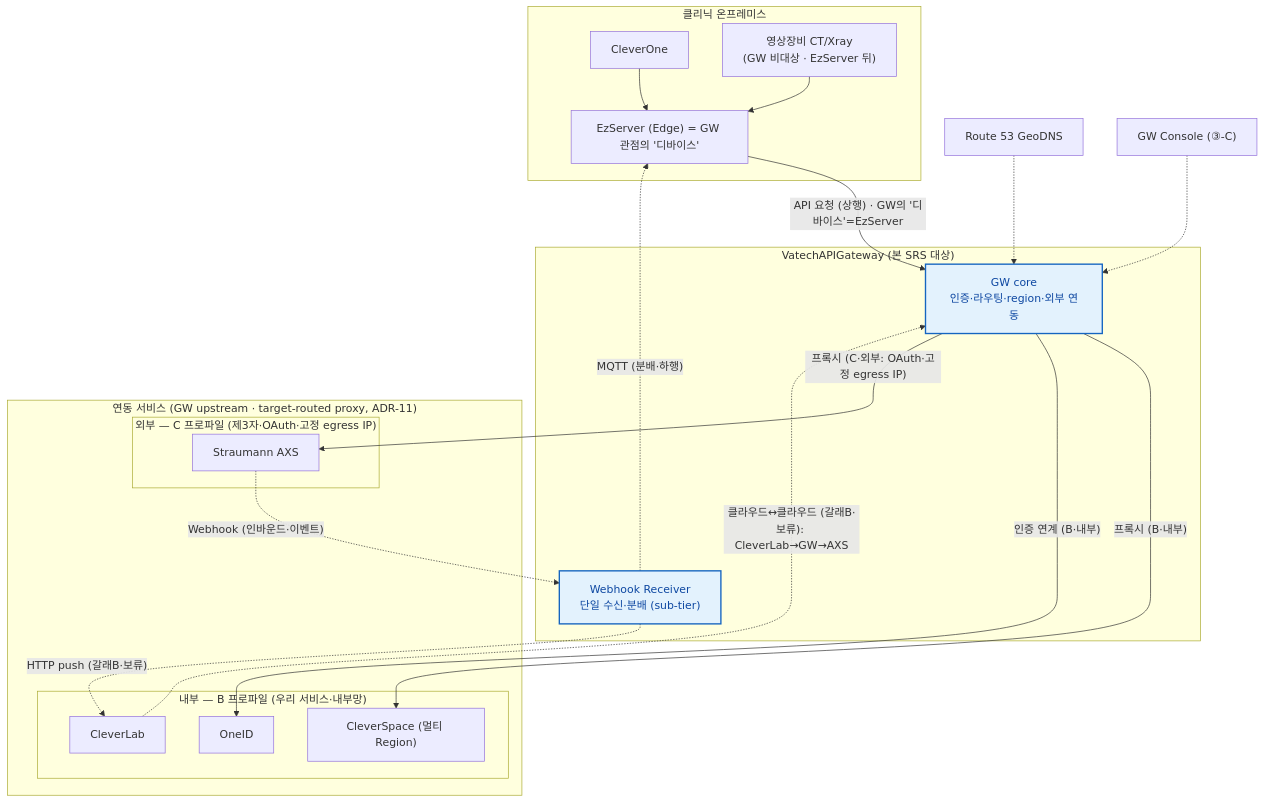
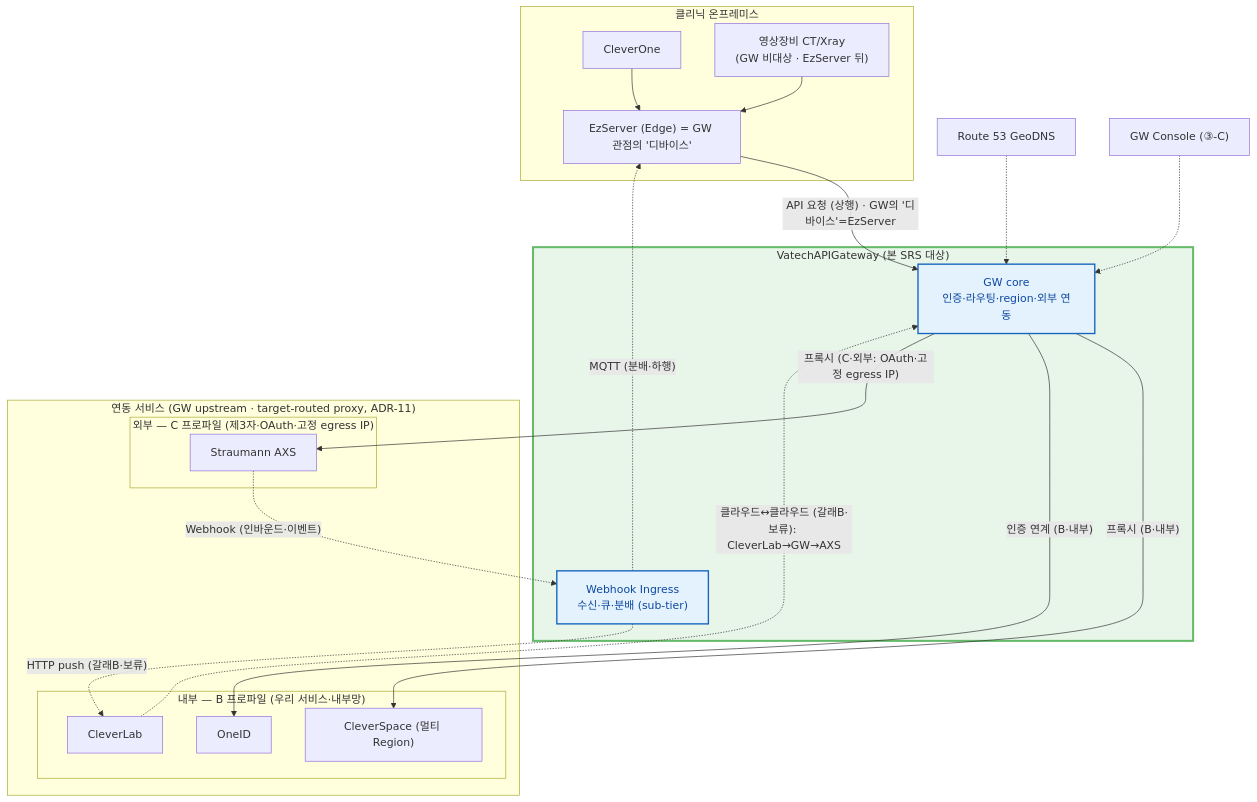
The first of 14 diagrams in docs/VT_API_Gateway/08.VT_API_Gateway/specs/03-srs-gateway/SRS.md (gracegyu/scp-architecture), drawn with Mermaid before and after one commit. The commit also changed other lines of this file and 4 other files, not shown here.

Commit message:
문서 업데이트: VT API Gateway의 설정 파일에 새로운 스크립트를 추가하여 OpenAPI 문서의 오류 계약 및 응답 처리 방안을 보강하고, SRS 문서에서 Webhook Dispatcher 및 Webhook Ingress에 대한 내용을 추가하여 시스템의 복원력을 강화하였습니다. 또한, 주간회의 아젠다에서 스펙 작성 순서 및 Gantt 차트를 업데이트하여 문서의 정합성을 높였습니다.

````diff
--- a/docs/VT_API_Gateway/08.VT_API_Gateway/specs/03-srs-gateway/SRS.md
+++ b/docs/VT_API_Gateway/08.VT_API_Gateway/specs/03-srs-gateway/SRS.md
@@ -133,43 +133,45 @@
 ```mermaid
 flowchart TD
     subgraph CLINIC["클리닉 온프레미스"]
         CO["CleverOne"]
         EZ["EzServer (Edge) = GW 관점의 '디바이스'"]
         DEV["영상장비 CT/Xray<br/>(GW 비대상 · EzServer 뒤)"]
     end
     subgraph GWBOX["VatechAPIGateway (본 SRS 대상)"]
         GW["GW core<br/>인증·라우팅·region·외부 연동"]
-        WHR["Webhook Receiver<br/>단일 수신·분배 (sub-tier)"]
+        WHR["Webhook Ingress<br/>수신·큐·분배 (sub-tier)"]
     end
     subgraph UP["연동 서비스 (GW upstream · target-routed proxy, ADR-11)"]
         subgraph INT["내부 — B 프로파일 (우리 서비스·내부망)"]
             CS["CleverSpace (멀티 Region)"]
             CLAB["CleverLab"]
             OID["OneID"]
         end
         subgraph EXT["외부 — C 프로파일 (제3자·OAuth·고정 egress IP)"]
             AXS["Straumann AXS"]
         end
     end
     R53["Route 53 GeoDNS"]
     CONSOLE["GW Console (③-C)"]
 
     CO --> EZ
     EZ -->|"API 요청 (상행) · GW의 '디바이스'=EzServer"| GW
     DEV --> EZ
     %% API 호출은 대상 무관 동일 경로: GW → upstream (target-routed proxy, ADR-11). 차이는 trust profile뿐
     GW -->|"프록시 (B·내부)"| CS
     GW -->|"인증 연계 (B·내부)"| OID
     GW -->|"프록시 (C·외부: OAuth·고정 egress IP)"| AXS
     %% CleverLab은 프록시 대상이 아니라 갈래B 클라우드 클라이언트(보류) — CleverLab→GW→AXS
     CLAB -.->|"클라우드↔클라우드 (갈래B·보류): CleverLab→GW→AXS"| GW
     %% Webhook(이벤트 인바운드)은 API 호출과 별개 — 현재 AXS만 해당. 클라우드 수신=CleverLab만(갈래B 보류), CleverSpace는 webhook 대상 아님(§2.3.6)
     AXS -.->|"Webhook (인바운드·이벤트)"| WHR
     WHR -.->|"MQTT (분배·하행)"| EZ
     WHR -.->|"HTTP push (갈래B·보류)"| CLAB
     R53 -.-> GW
     CONSOLE -.-> GW
 
     classDef srsTarget fill:#e3f2fd,stroke:#1565c0,stroke-width:2px,color:#0d47a1
     class GW,WHR srsTarget
+    %% GW(본 SRS) 범위 박스 = 연두 테두리(§2.1.1·§2.2 동일 색)
+    style GWBOX fill:#e8f5e9,stroke:#66bb6a,stroke-width:3px
 ```
````
